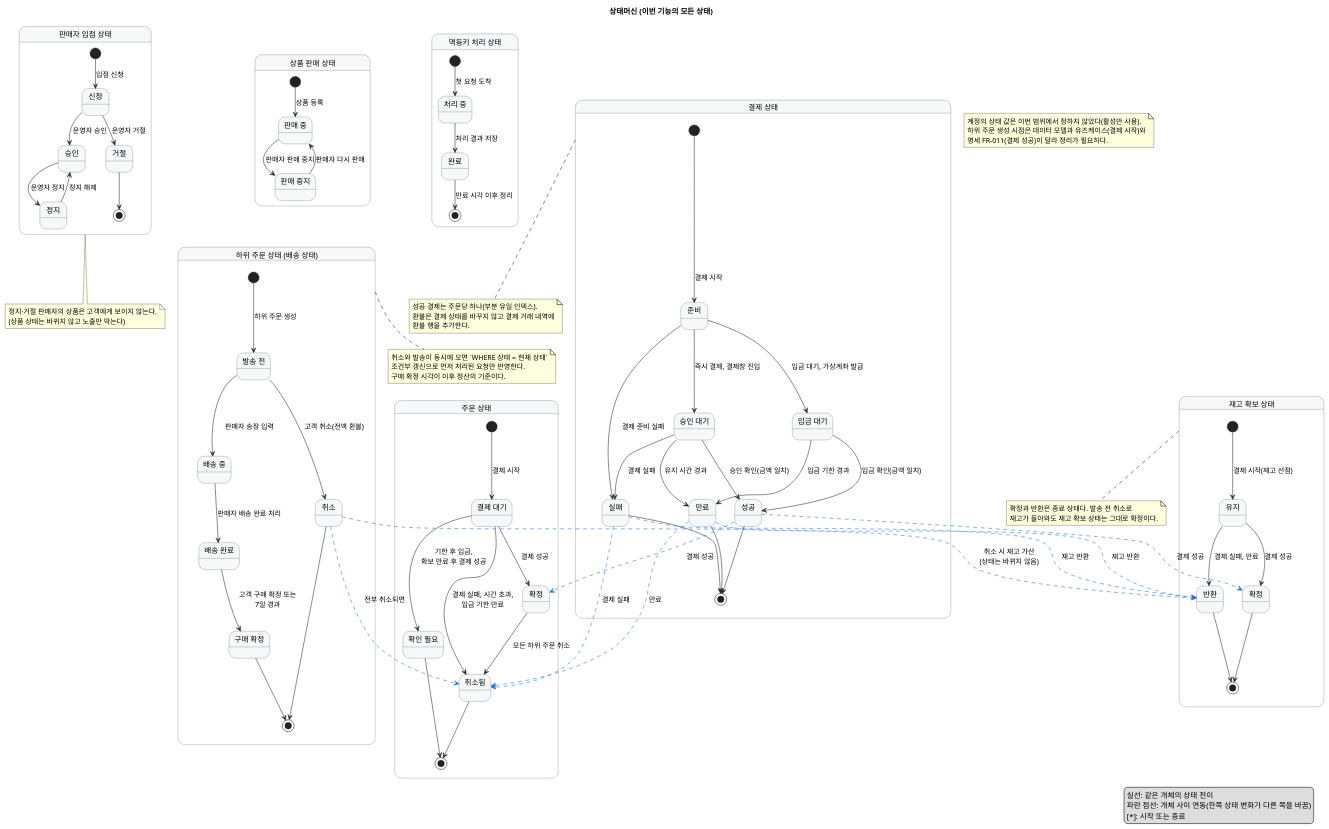
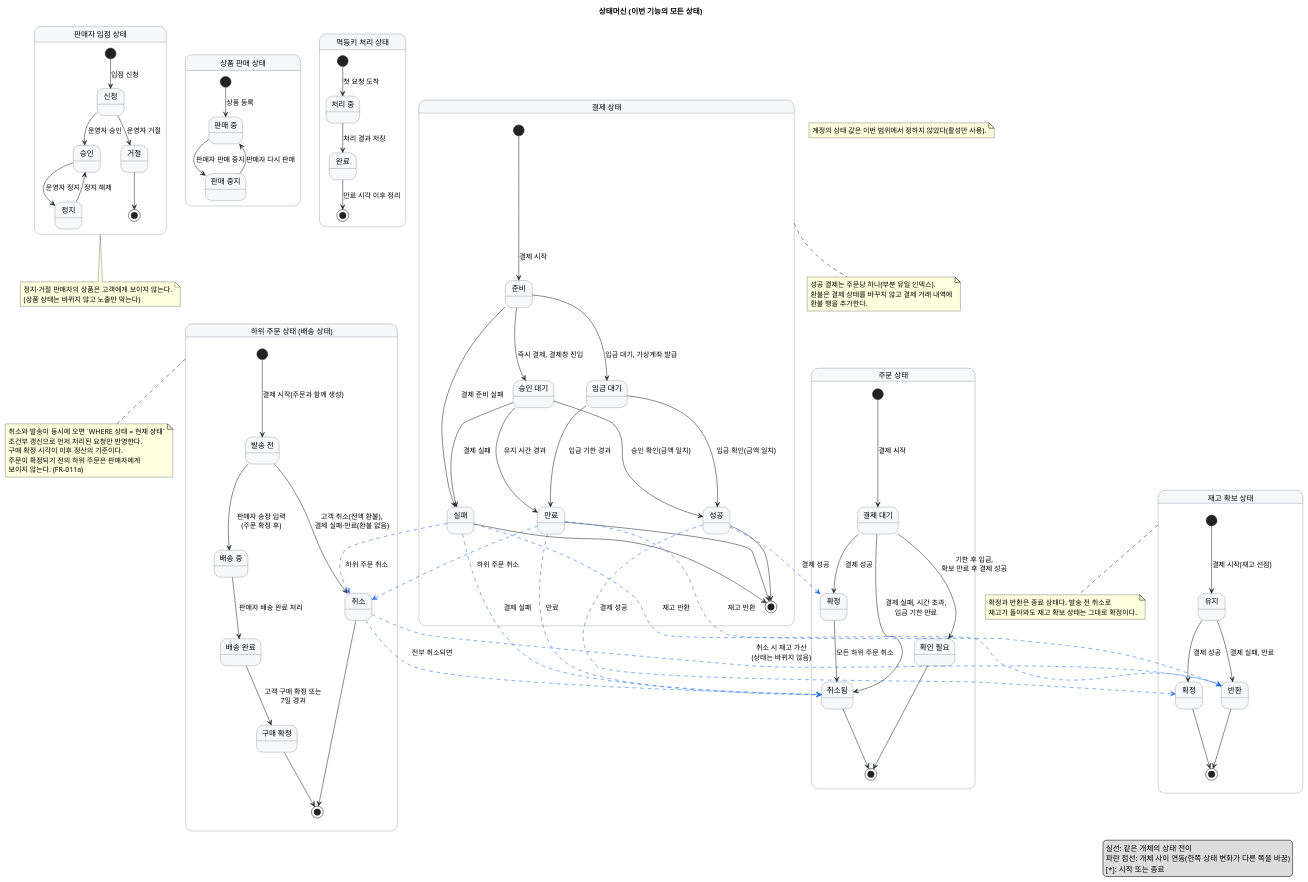
Before and after one commit to parknahyun/shopflow: the diagram in specs/001-multiseller-commerce-core/diagrams/state-machines.puml, drawn with PlantUML. The commit also changed 13 other files, not shown here.

```diff
--- a/specs/001-multiseller-commerce-core/diagrams/state-machines.puml
+++ b/specs/001-multiseller-commerce-core/diagrams/state-machines.puml
@@ -1,147 +1,149 @@
 @startuml
 ' 상태머신 다이어그램: 이번 기능의 모든 상태
 ' 근거: data-model.md의 상태 전이 표와 개체 설명, spec.md, usecase-details.md
 ' 개체별 상태머신을 나란히 두고, 개체 사이 연동은 파란 점선으로 잇는다.
 title 상태머신 (이번 기능의 모든 상태)
 
 skinparam shadowing false
 skinparam state {
   BackgroundColor #F6F8FA
   BorderColor #57606A
 }
 skinparam ArrowColor #24292F
 
 state "판매자 입점 상태" as M1 {
   state "신청" as sel_applied
   state "승인" as sel_approved
   state "거절" as sel_rejected
   state "정지" as sel_suspended
   [*] --> sel_applied : 입점 신청
   sel_applied --> sel_approved : 운영자 승인
   sel_applied --> sel_rejected : 운영자 거절
   sel_approved --> sel_suspended : 운영자 정지
   sel_suspended --> sel_approved : 정지 해제
   sel_rejected --> [*]
 }
 
 state "상품 판매 상태" as M2 {
   state "판매 중" as prd_on
   state "판매 중지" as prd_off
   [*] --> prd_on : 상품 등록
   prd_on --> prd_off : 판매자 판매 중지
   prd_off --> prd_on : 판매자 다시 판매
 }
 
 state "주문 상태" as M3 {
   state "결제 대기" as ord_pending
   state "확정" as ord_confirmed
   state "취소됨" as ord_cancelled
   state "확인 필요" as ord_review
   [*] --> ord_pending : 결제 시작
   ord_pending --> ord_confirmed : 결제 성공
   ord_pending --> ord_cancelled : 결제 실패, 시간 초과,\n입금 기한 만료
   ord_pending --> ord_review : 기한 후 입금,\n확보 만료 후 결제 성공
   ord_confirmed --> ord_cancelled : 모든 하위 주문 취소
   ord_cancelled --> [*]
   ord_review --> [*]
 }
 
 state "하위 주문 상태 (배송 상태)" as M4 {
   state "발송 전" as sub_before
   state "배송 중" as sub_shipping
   state "배송 완료" as sub_delivered
   state "구매 확정" as sub_confirmed
   state "취소" as sub_cancelled
-  [*] --> sub_before : 하위 주문 생성
-  sub_before --> sub_shipping : 판매자 송장 입력
-  sub_before --> sub_cancelled : 고객 취소(전액 환불)
+  [*] --> sub_before : 결제 시작(주문과 함께 생성)
+  sub_before --> sub_shipping : 판매자 송장 입력\n(주문 확정 후)
+  sub_before --> sub_cancelled : 고객 취소(전액 환불),\n결제 실패·만료(환불 없음)
   sub_shipping --> sub_delivered : 판매자 배송 완료 처리
   sub_delivered --> sub_confirmed : 고객 구매 확정 또는\n7일 경과
   sub_confirmed --> [*]
   sub_cancelled --> [*]
 }
 
 state "재고 확보 상태" as M5 {
   state "유지" as stk_held
   state "확정" as stk_confirmed
   state "반환" as stk_released
   [*] --> stk_held : 결제 시작(재고 선점)
   stk_held --> stk_confirmed : 결제 성공
   stk_held --> stk_released : 결제 실패, 만료
   stk_confirmed --> [*]
   stk_released --> [*]
 }
 
 state "결제 상태" as M6 {
   state "준비" as pay_ready
   state "승인 대기" as pay_waiting
   state "입금 대기" as pay_deposit
   state "성공" as pay_succeeded
   state "실패" as pay_failed
   state "만료" as pay_expired
   [*] --> pay_ready : 결제 시작
   pay_ready --> pay_waiting : 즉시 결제, 결제창 진입
   pay_ready --> pay_deposit : 입금 대기, 가상계좌 발급
   pay_ready --> pay_failed : 결제 준비 실패
   pay_waiting --> pay_succeeded : 승인 확인(금액 일치)
   pay_waiting --> pay_failed : 결제 실패
   pay_waiting --> pay_expired : 유지 시간 경과
   pay_deposit --> pay_succeeded : 입금 확인(금액 일치)
   pay_deposit --> pay_expired : 입금 기한 경과
   pay_succeeded --> [*]
   pay_failed --> [*]
   pay_expired --> [*]
 }
 
 state "멱등키 처리 상태" as M7 {
   state "처리 중" as idk_processing
   state "완료" as idk_completed
   [*] --> idk_processing : 첫 요청 도착
   idk_processing --> idk_completed : 처리 결과 저장
   idk_completed --> [*] : 만료 시각 이후 정리
 }
 
 ' 개체 사이 연동 (파란 점선)
 pay_succeeded -[#1f6feb,dashed]-> ord_confirmed : 결제 성공
 pay_succeeded -[#1f6feb,dashed]-> stk_confirmed : 결제 성공
 pay_failed -[#1f6feb,dashed]-> ord_cancelled : 결제 실패
 pay_expired -[#1f6feb,dashed]-> ord_cancelled : 만료
+pay_failed -[#1f6feb,dashed]-> sub_cancelled : 하위 주문 취소
+pay_expired -[#1f6feb,dashed]-> sub_cancelled : 하위 주문 취소
 pay_failed -[#1f6feb,dashed]-> stk_released : 재고 반환
 pay_expired -[#1f6feb,dashed]-> stk_released : 재고 반환
 sub_cancelled -[#1f6feb,dashed]-> stk_released : 취소 시 재고 가산\n(상태는 바뀌지 않음)
 sub_cancelled -[#1f6feb,dashed]-> ord_cancelled : 전부 취소되면
 
 note bottom of M1
   정지·거절 판매자의 상품은 고객에게 보이지 않는다.
   (상품 상태는 바뀌지 않고 노출만 막는다)
 end note
 
 note bottom of M4
   취소와 발송이 동시에 오면 `WHERE 상태 = 현재 상태`
   조건부 갱신으로 먼저 처리된 요청만 반영한다.
   구매 확정 시각이 이후 정산의 기준이다.
+  주문이 확정되기 전의 하위 주문은 판매자에게
+  보이지 않는다. (FR-011a)
 end note
 
 note bottom of M6
   성공 결제는 주문당 하나(부분 유일 인덱스).
   환불은 결제 상태를 바꾸지 않고 결제 거래 내역에
   환불 행을 추가한다.
 end note
 
 note bottom of M5
   확정과 반환은 종료 상태다. 발송 전 취소로
   재고가 돌아와도 재고 확보 상태는 그대로 확정이다.
 end note
 
 note as N_Etc
   계정의 상태 값은 이번 범위에서 정하지 않았다(활성만 사용).
-  하위 주문 생성 시점은 데이터 모델과 유즈케이스(결제 시작)와
-  명세 FR-011(결제 성공)이 달라 정리가 필요하다.
 end note
 
 legend right
   실선: 같은 개체의 상태 전이
   파란 점선: 개체 사이 연동(한쪽 상태 변화가 다른 쪽을 바꿈)
   [*]: 시작 또는 종료
 endlegend
 @enduml
```
